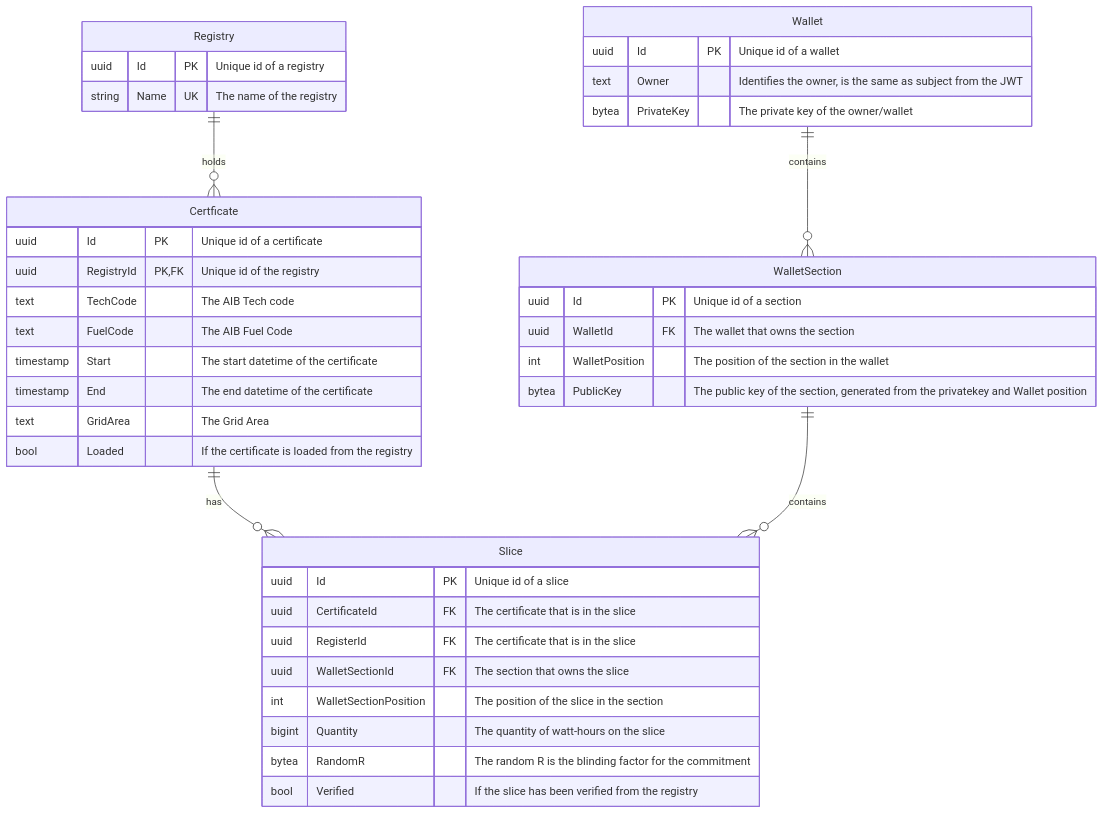
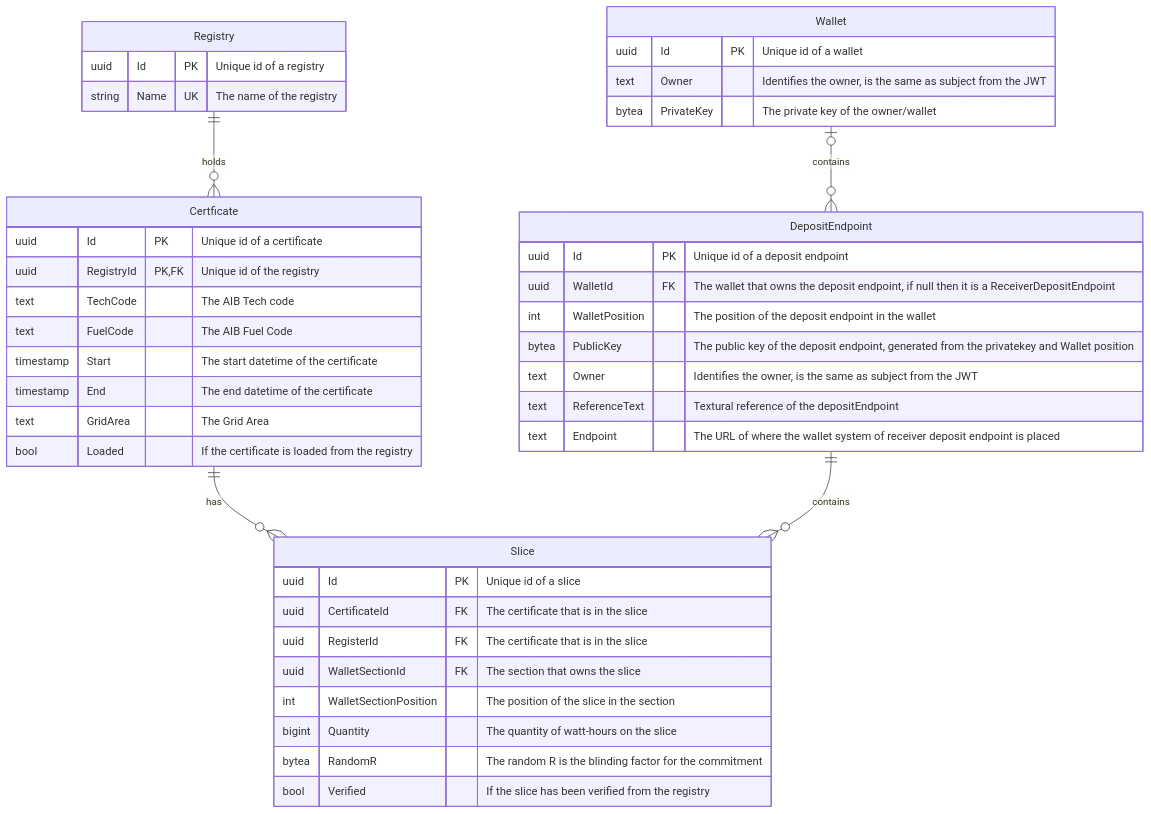
One commit to project-origin/wallet changed the diagram in doc/db_schema.md. Above: the diagram before and after it, drawn with Mermaid. The commit also changed 3 other files, not shown here.

````diff
--- a/doc/db_schema.md
+++ b/doc/db_schema.md
@@ -1,51 +1,54 @@
 ```mermaid
 erDiagram
 
     Wallet {
         uuid Id PK "Unique id of a wallet"
         text Owner "Identifies the owner, is the same as subject from the JWT"
         bytea PrivateKey "The private key of the owner/wallet"
     }
 
-    Wallet ||--o{ WalletSection : contains
+    Wallet |o--o{ DepositEndpoint : contains
 
     Certficate {
         uuid Id PK "Unique id of a certificate"
         uuid RegistryId PK,FK "Unique id of the registry"
         text TechCode "The AIB Tech code"
         text FuelCode "The AIB Fuel Code"
         timestamp Start "The start datetime of the certificate"
         timestamp End "The end datetime of the certificate"
         text GridArea "The Grid Area"
         bool Loaded "If the certificate is loaded from the registry"
     }
 
     Certficate ||--o{ Slice : has
 
-    WalletSection {
-        uuid Id PK "Unique id of a section"
-        uuid WalletId FK "The wallet that owns the section"
-        int WalletPosition "The position of the section in the wallet"
-        bytea PublicKey "The public key of the section, generated from the privatekey and Wallet position"
+    DepositEndpoint {
+        uuid Id PK "Unique id of a deposit endpoint"
+        uuid WalletId FK "The wallet that owns the deposit endpoint, if null then it is a ReceiverDepositEndpoint"
+        int WalletPosition "The position of the deposit endpoint in the wallet"
+        bytea PublicKey "The public key of the deposit endpoint, generated from the privatekey and Wallet position"
+        text Owner "Identifies the owner, is the same as subject from the JWT"
+        text ReferenceText "Textural reference of the depositEndpoint"
+        text Endpoint "The URL of where the wallet system of receiver deposit endpoint is placed"
     }
 
     Slice {
         uuid Id PK "Unique id of a slice"
         uuid CertificateId FK "The certificate that is in the slice"
         uuid RegisterId FK "The certificate that is in the slice"
         uuid WalletSectionId FK "The section that owns the slice"
         int WalletSectionPosition "The position of the slice in the section"
         bigint Quantity "The quantity of watt-hours on the slice"
         bytea RandomR "The random R is the blinding factor for the commitment"
         bool Verified "If the slice has been verified from the registry"
     }
 
-    WalletSection ||--o{ Slice : contains
+    DepositEndpoint ||--o{ Slice : contains
     Registry ||--o{ Certficate : holds
 
     Registry {
         uuid Id PK "Unique id of a registry"
         string Name UK "The name of the registry"
     }
 
 ```
````
